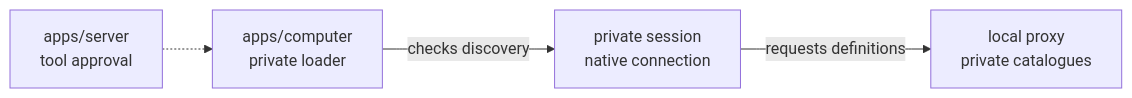
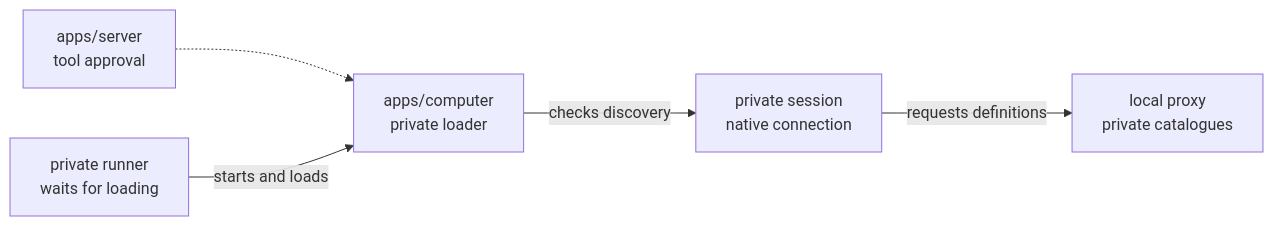
Before and after one commit to elewa-git/opencrane-new: the diagram in docs/process/p4-15-pr4m/README.md, drawn with Mermaid. The commit also changed other lines of this file and 14 other files, not shown here.

````diff
--- a/docs/process/p4-15-pr4m/README.md
+++ b/docs/process/p4-15-pr4m/README.md
@@ -14,6 +14,7 @@
 ```mermaid
 flowchart LR
   server["apps/server<br/>tool approval"] -.-> loader["apps/computer<br/>private loader"]
+  runner["private runner<br/>waits for loading"] -->|starts and loads| loader
   loader -->|checks discovery| session["private session<br/>native connection"]
   session -->|requests definitions| proxy["local proxy<br/>private catalogues"]
 ```
````
